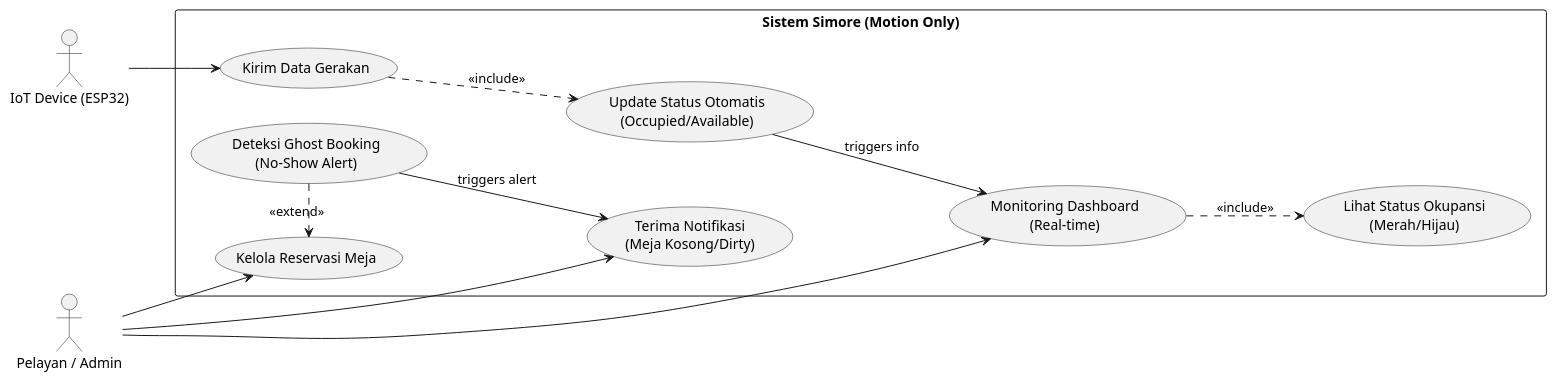
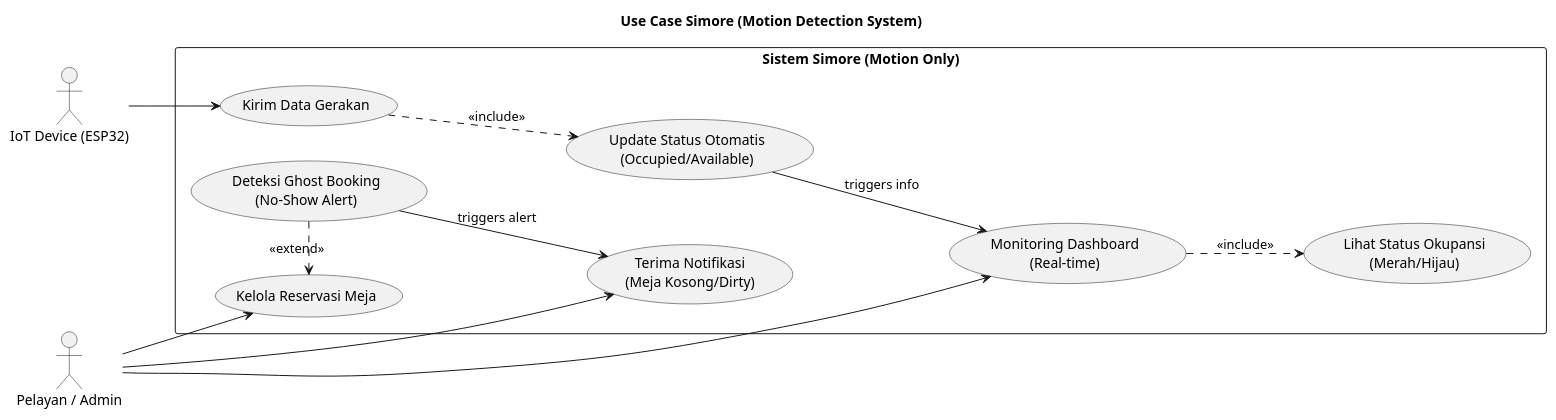
Before and after one commit to A-PPAW-TI503P-2025/PROJECT_KELOMPOK5_HUMAN-BODY: the diagram in UseCase.puml, drawn with PlantUML. The commit also changed 4 other files, not shown here.

Commit message:
Menambahkan Title pada diagram

```diff
--- a/UseCase.puml
+++ b/UseCase.puml
@@ -1,28 +1,30 @@
 @startuml
+title Use Case Simore (Motion Detection System)
+
 left to right direction
 actor "IoT Device (ESP32)" as Device
 actor "Pelayan / Admin" as User
 
 rectangle "Sistem Simore (Motion Only)" {
     usecase "Kirim Data Gerakan" as UC1
     usecase "Update Status Otomatis\n(Occupied/Available)" as UC2
     usecase "Monitoring Dashboard\n(Real-time)" as UC3
     usecase "Lihat Status Okupansi\n(Merah/Hijau)" as UC4
     usecase "Deteksi Ghost Booking\n(No-Show Alert)" as UC5
     usecase "Terima Notifikasi\n(Meja Kosong/Dirty)" as UC6
     usecase "Kelola Reservasi Meja" as UC7
 }
 
 Device --> UC1
 UC1 ..> UC2 : <<include>>
 UC2 --> UC3 : triggers info
 UC3 ..> UC4 : <<include>>
 User --> UC3
 User --> UC7
 User --> UC6
 
 ' Ghost Booking Logic
 UC5 .> UC7 : <<extend>>
 UC5 --> UC6 : triggers alert
 
 @enduml
```
